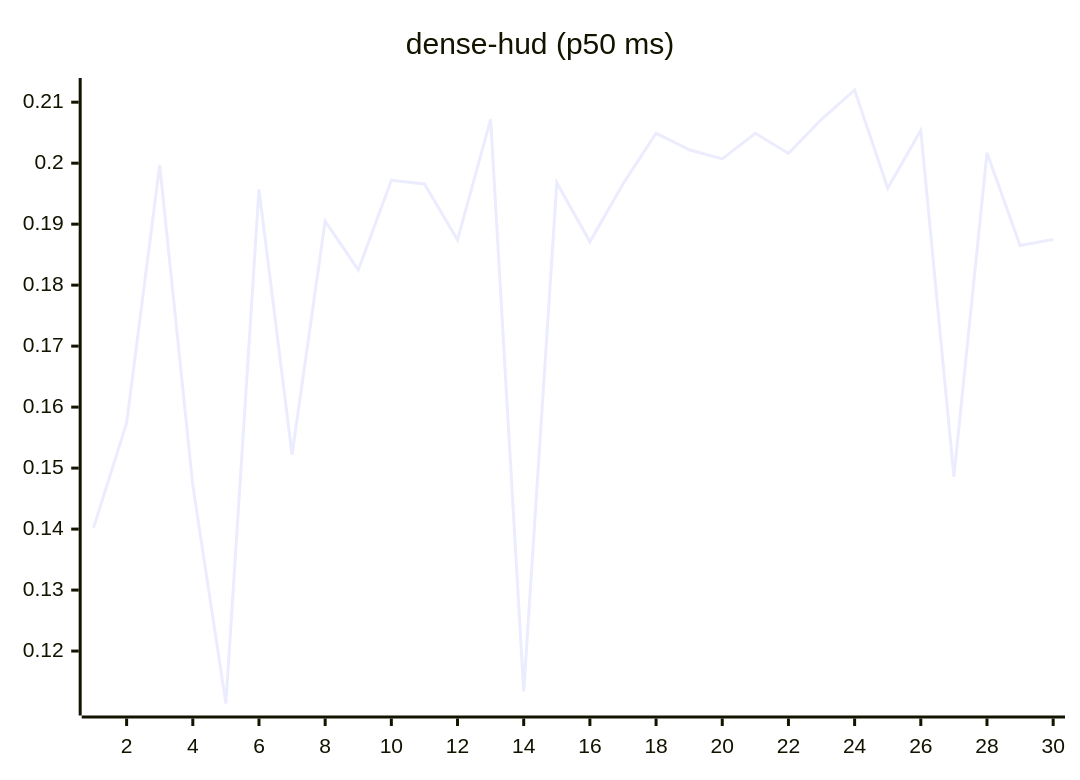
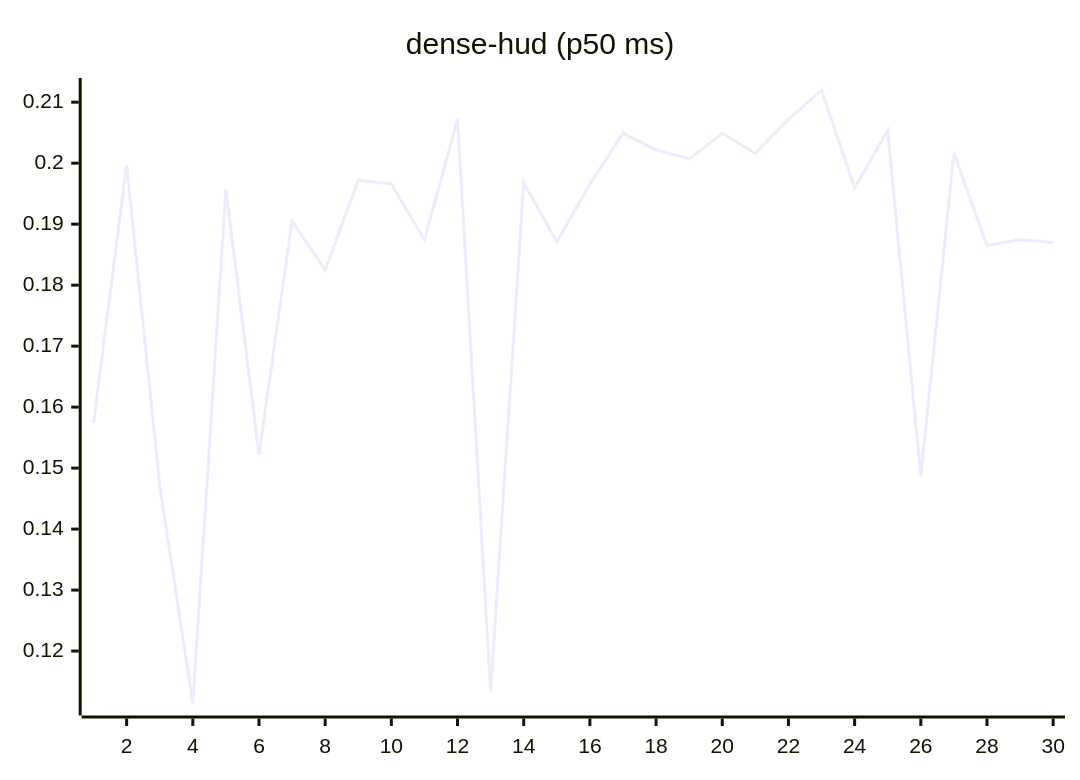
Before and after one commit to josha/Facet: the eighth of 27 diagrams in README.md, drawn with Mermaid. The commit also changed other lines of this file and 2 other files, not shown here.

````diff
--- a/README.md
+++ b/README.md
@@ -112,6 +112,6 @@
 ```mermaid
 xychart-beta
     title "dense-hud (p50 ms)"
     x-axis 1 --> 30
-    line [0.1402, 0.1574, 0.1997, 0.1472, 0.1114, 0.1957, 0.1522, 0.1905, 0.1825, 0.1972, 0.1966, 0.1874, 0.2072, 0.1134, 0.1968, 0.1871, 0.1966, 0.2049, 0.2022, 0.2007, 0.2049, 0.2016, 0.2072, 0.2120, 0.1959, 0.2054, 0.1486, 0.2017, 0.1865, 0.1875]
+    line [0.1574, 0.1997, 0.1472, 0.1114, 0.1957, 0.1522, 0.1905, 0.1825, 0.1972, 0.1966, 0.1874, 0.2072, 0.1134, 0.1968, 0.1871, 0.1966, 0.2049, 0.2022, 0.2007, 0.2049, 0.2016, 0.2072, 0.2120, 0.1959, 0.2054, 0.1486, 0.2017, 0.1865, 0.1875, 0.1870]
 ```
````
